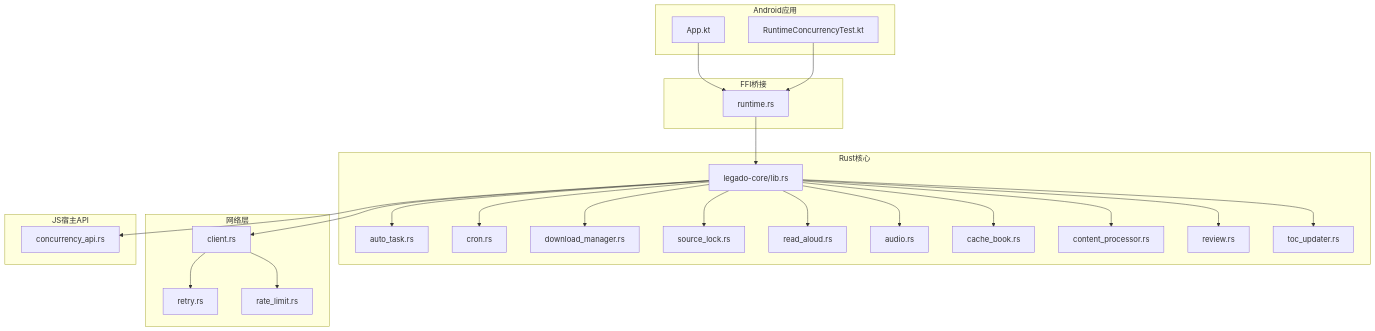
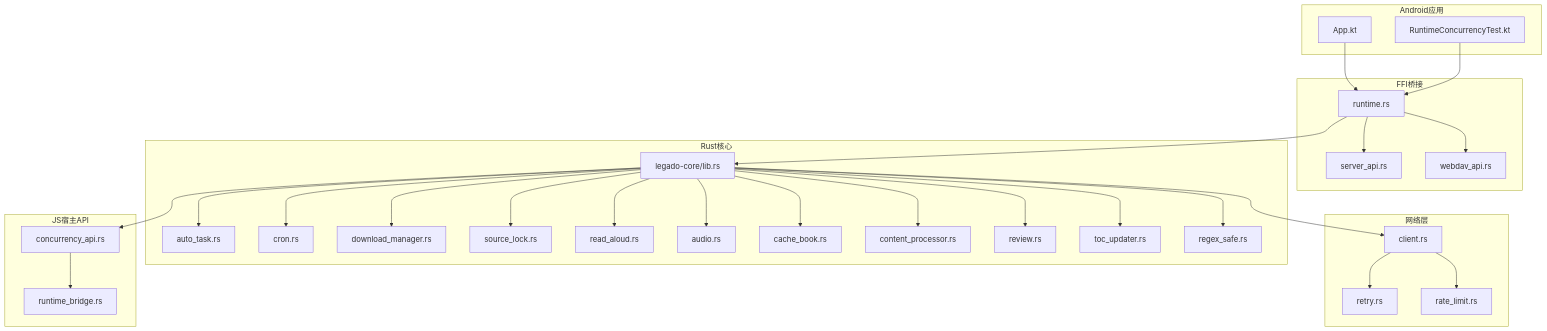
Before and after one commit to ZhangGHGitHub/LegadoTeamFlutter: the first of 10 diagrams in .qoder/repowiki/zh/content/Rust核心库/异步并发.md, drawn with Mermaid. The commit also changed other lines of this file and 173 other files, not shown here.

````diff
--- a/.qoder/repowiki/zh/content/Rust核心库/异步并发.md
+++ b/.qoder/repowiki/zh/content/Rust核心库/异步并发.md
@@ -56,48 +69,56 @@
 ```mermaid
 graph TB
 subgraph "Android应用"
 APP["App.kt"]
 TEST["RuntimeConcurrencyTest.kt"]
 end
 subgraph "FFI桥接"
 FFI_RT["runtime.rs"]
+SERVER_API["server_api.rs"]
+WEBDAV_API["webdav_api.rs"]
 end
 subgraph "Rust核心"
 CORE_LIB["legado-core/lib.rs"]
 AUTO_TASK["auto_task.rs"]
 CRON["cron.rs"]
 DL_MGR["download_manager.rs"]
 SRC_LOCK["source_lock.rs"]
 READ_ALOUD["read_aloud.rs"]
 AUDIO["audio.rs"]
 CACHE_BOOK["cache_book.rs"]
 CONTENT_PROC["content_processor.rs"]
 REVIEW["review.rs"]
 TOC_UPD["toc_updater.rs"]
+REGEX_SAFE["regex_safe.rs"]
 end
 subgraph "网络层"
 NET_CLIENT["client.rs"]
 RETRY["retry.rs"]
 RATE_LIMIT["rate_limit.rs"]
 end
 subgraph "JS宿主API"
 CONC_API["concurrency_api.rs"]
+RT_BRIDGE["runtime_bridge.rs"]
 end
 APP --> FFI_RT
 TEST --> FFI_RT
 FFI_RT --> CORE_LIB
+FFI_RT --> SERVER_API
+FFI_RT --> WEBDAV_API
 CORE_LIB --> AUTO_TASK
 CORE_LIB --> CRON
 CORE_LIB --> DL_MGR
 CORE_LIB --> SRC_LOCK
 CORE_LIB --> READ_ALOUD
 CORE_LIB --> AUDIO
 CORE_LIB --> CACHE_BOOK
 CORE_LIB --> CONTENT_PROC
 CORE_LIB --> REVIEW
 CORE_LIB --> TOC_UPD
+CORE_LIB --> REGEX_SAFE
 CORE_LIB --> NET_CLIENT
 NET_CLIENT --> RETRY
 NET_CLIENT --> RATE_LIMIT
 CORE_LIB --> CONC_API
+CONC_API --> RT_BRIDGE
 ```
````
